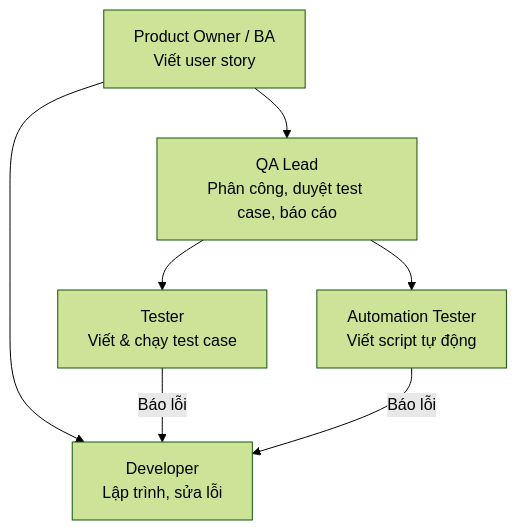
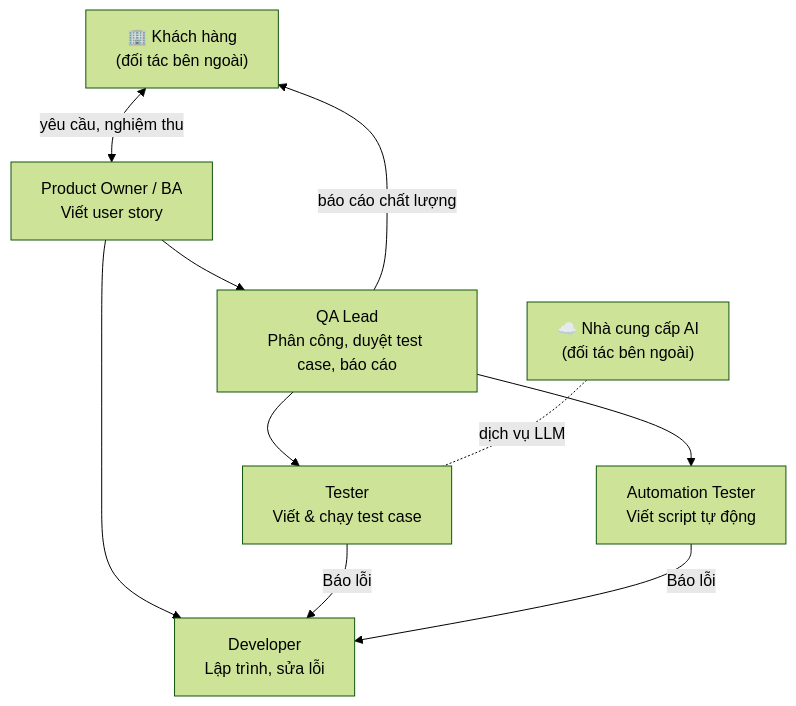
The second of 3 diagrams in docs/01_KhaoSatHienTrang.md (quangphuoc73/Phan_Mem_Quan_Ly_Test_Cases), drawn with Mermaid (forest theme) before and after one commit. The commit also changed other lines of this file and 32 other files, not shown here.

First line of the commit message:
ocs: bổ sung Chương 1–3 theo bài "Xác định yêu cầu" và vẽ DFD bằng draw.io

````diff
--- a/docs/01_KhaoSatHienTrang.md
+++ b/docs/01_KhaoSatHienTrang.md
@@ -27,9 +44,12 @@
 ```mermaid
 flowchart TD
+    KH["🏢 Khách hàng<br/>(đối tác bên ngoài)"] <-->|"yêu cầu, nghiệm thu"| PM
     PM["Product Owner / BA<br/>Viết user story"] --> QAL["QA Lead<br/>Phân công, duyệt test case, báo cáo"]
     PM --> DEV["Developer<br/>Lập trình, sửa lỗi"]
     QAL --> T1["Tester<br/>Viết & chạy test case"]
     QAL --> T2["Automation Tester<br/>Viết script tự động"]
+    QAL -->|"báo cáo chất lượng"| KH
     T1 -->|Báo lỗi| DEV
     T2 -->|Báo lỗi| DEV
+    AI["☁️ Nhà cung cấp AI<br/>(đối tác bên ngoài)"] -. "dịch vụ LLM" .- T1
 ```
````
